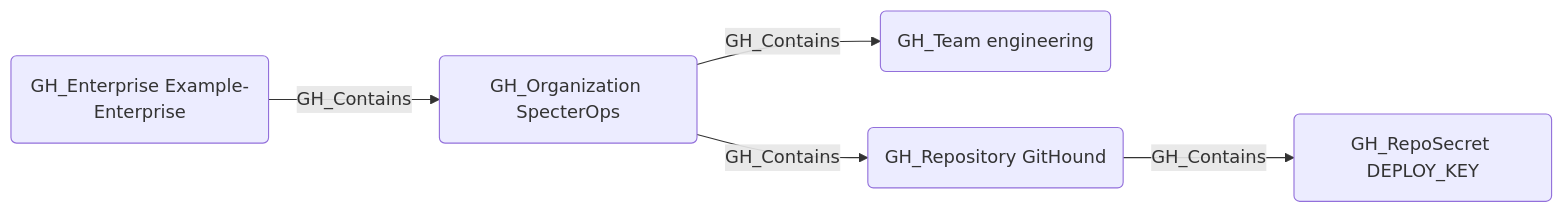
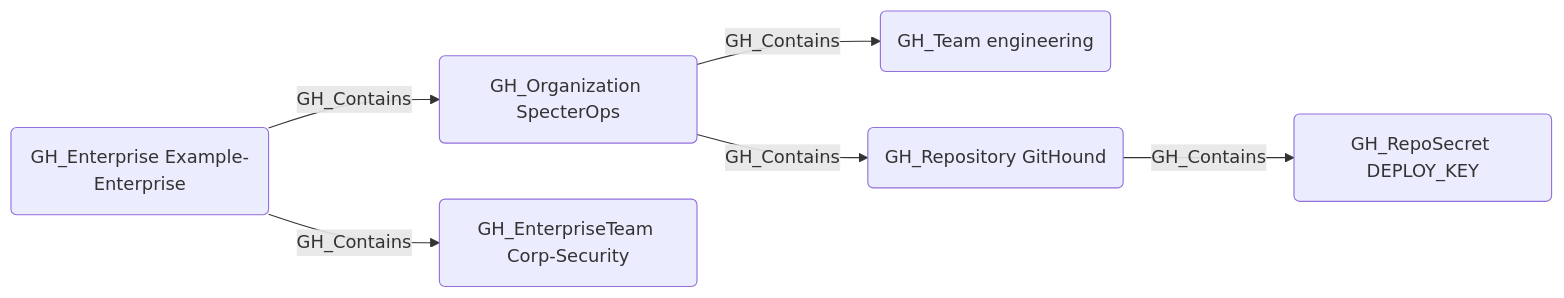
Before and after one commit to SpecterOps/GitHound: the diagram in Documentation/EdgeDescriptions/GH_Contains.md, drawn with Mermaid. The commit also changed other lines of this file and 10 other files, not shown here.

````diff
--- a/Documentation/EdgeDescriptions/GH_Contains.md
+++ b/Documentation/EdgeDescriptions/GH_Contains.md
@@ -12,12 +12,14 @@
 ```mermaid
 graph LR
     ent("GH_Enterprise Example-Enterprise")
     node1("GH_Organization SpecterOps")
+    entTeam("GH_EnterpriseTeam Corp-Security")
     node2("GH_Team engineering")
     node3("GH_Repository GitHound")
     node4("GH_RepoSecret DEPLOY_KEY")
     ent -- GH_Contains --> node1
+    ent -- GH_Contains --> entTeam
     node1 -- GH_Contains --> node2
     node1 -- GH_Contains --> node3
     node3 -- GH_Contains --> node4
 ```
````
